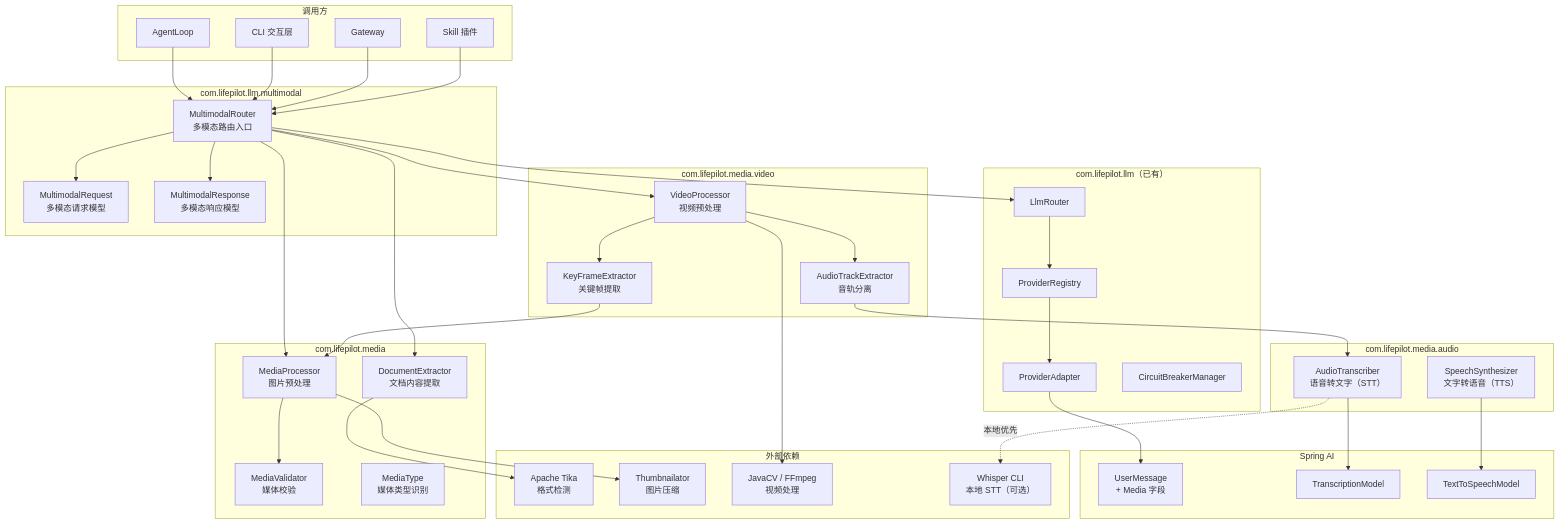
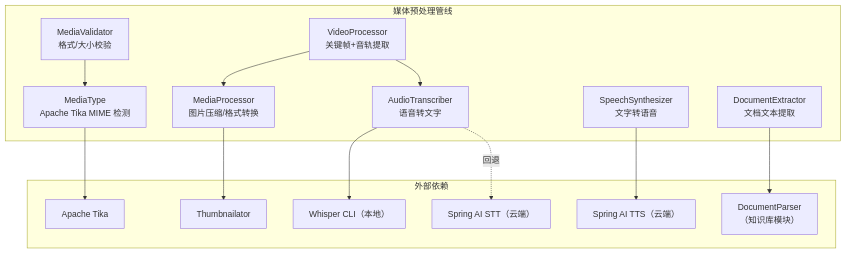
Before and after one commit to ntygod/LifePilot: the first of 2 diagrams in docs/architecture/multimodal.md, drawn with Mermaid. The commit also changed other lines of this file and 1 other file, not shown here.

Commit message:
docs(media): 重写 multimodal 架构文档和特性文档

````diff
--- a/docs/architecture/multimodal.md
+++ b/docs/architecture/multimodal.md
@@ -114,74 +13,31 @@
 ```mermaid
-flowchart TB
-    subgraph 调用方["调用方"]
-        AL["AgentLoop"]
-        CLI["CLI 交互层"]
-        GW["Gateway"]
-        SK["Skill 插件"]
+flowchart TD
+    subgraph "媒体预处理管线"
+        MV["MediaValidator<br/>格式/大小校验"]
+        MT["MediaType<br/>Apache Tika MIME 检测"]
+        MP["MediaProcessor<br/>图片压缩/格式转换"]
+        DE["DocumentExtractor<br/>文档文本提取"]
+        AT["AudioTranscriber<br/>语音转文字"]
+        SS["SpeechSynthesizer<br/>文字转语音"]
+        VP["VideoProcessor<br/>关键帧+音轨提取"]
     end
 
-    subgraph 多模态扩展["com.lifepilot.llm.multimodal"]
-        MR["MultimodalRouter<br/>多模态路由入口"]
-        MReq["MultimodalRequest<br/>多模态请求模型"]
-        MRes["MultimodalResponse<br/>多模态响应模型"]
+    subgraph "外部依赖"
+        TIKA["Apache Tika"]
+        THUMB["Thumbnailator"]
+        WHISPER["Whisper CLI（本地）"]
+        STT["Spring AI STT（云端）"]
+        TTS["Spring AI TTS（云端）"]
+        PARSER["DocumentParser<br/>（知识库模块）"]
     end
 
-    subgraph 媒体处理["com.lifepilot.media"]
-        MP["MediaProcessor<br/>图片预处理"]
-        DE["DocumentExtractor<br/>文档内容提取"]
-        MV["MediaValidator<br/>媒体校验"]
-        MT["MediaType<br/>媒体类型识别"]
-    end
-
-    subgraph 视频处理["com.lifepilot.media.video"]
-        VP["VideoProcessor<br/>视频预处理"]
-        KFE["KeyFrameExtractor<br/>关键帧提取"]
-        ATE["AudioTrackExtractor<br/>音轨分离"]
-    end
-
-    subgraph 音频处理["com.lifepilot.media.audio"]
-        AT["AudioTranscriber<br/>语音转文字（STT）"]
-        SS["SpeechSynthesizer<br/>文字转语音（TTS）"]
-    end
-
-    subgraph LLM路由层["com.lifepilot.llm（已有）"]
-        LR["LlmRouter"]
-        PR["ProviderRegistry"]
-        PA["ProviderAdapter"]
-        CB["CircuitBreakerManager"]
-    end
-
-    subgraph SpringAI["Spring AI"]
-        UM["UserMessage<br/>+ Media 字段"]
-        TM["TranscriptionModel"]
-        SM["TextToSpeechModel"]
-    end
-
-    subgraph 外部依赖["外部依赖"]
-        TK["Apache Tika<br/>格式检测"]
-        TN["Thumbnailator<br/>图片压缩"]
-        JC["JavaCV / FFmpeg<br/>视频处理"]
-        WH["Whisper CLI<br/>本地 STT（可选）"]
-    end
-
-    AL & CLI & GW & SK --> MR
-    MR --> MReq
-    MR --> MP
-    MR --> VP
-    MR --> DE
-    MR --> LR
-    MP --> MV
-    MP --> TN
-    VP --> KFE
-    VP --> ATE
-    KFE --> MP
-    ATE --> AT
-    DE --> TK
-    LR --> PR --> PA
-    PA --> UM
-    AT --> TM
-    AT -.->|"本地优先"| WH
-    SS --> SM
-    VP --> JC
-    MR --> MRes
+    MV --> MT
+    MP --> THUMB
+    MT --> TIKA
+    DE --> PARSER
+    AT --> WHISPER
+    AT -.->|"回退"| STT
+    SS --> TTS
+    VP --> MP
+    VP --> AT
 ```
````
